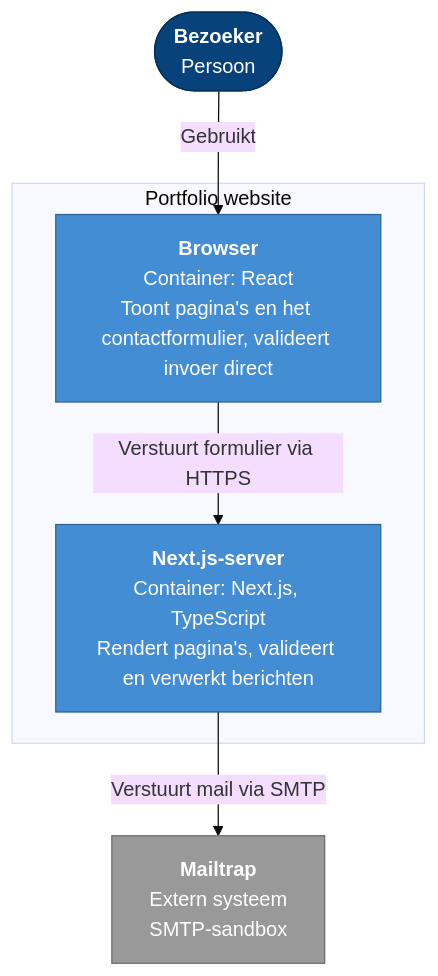
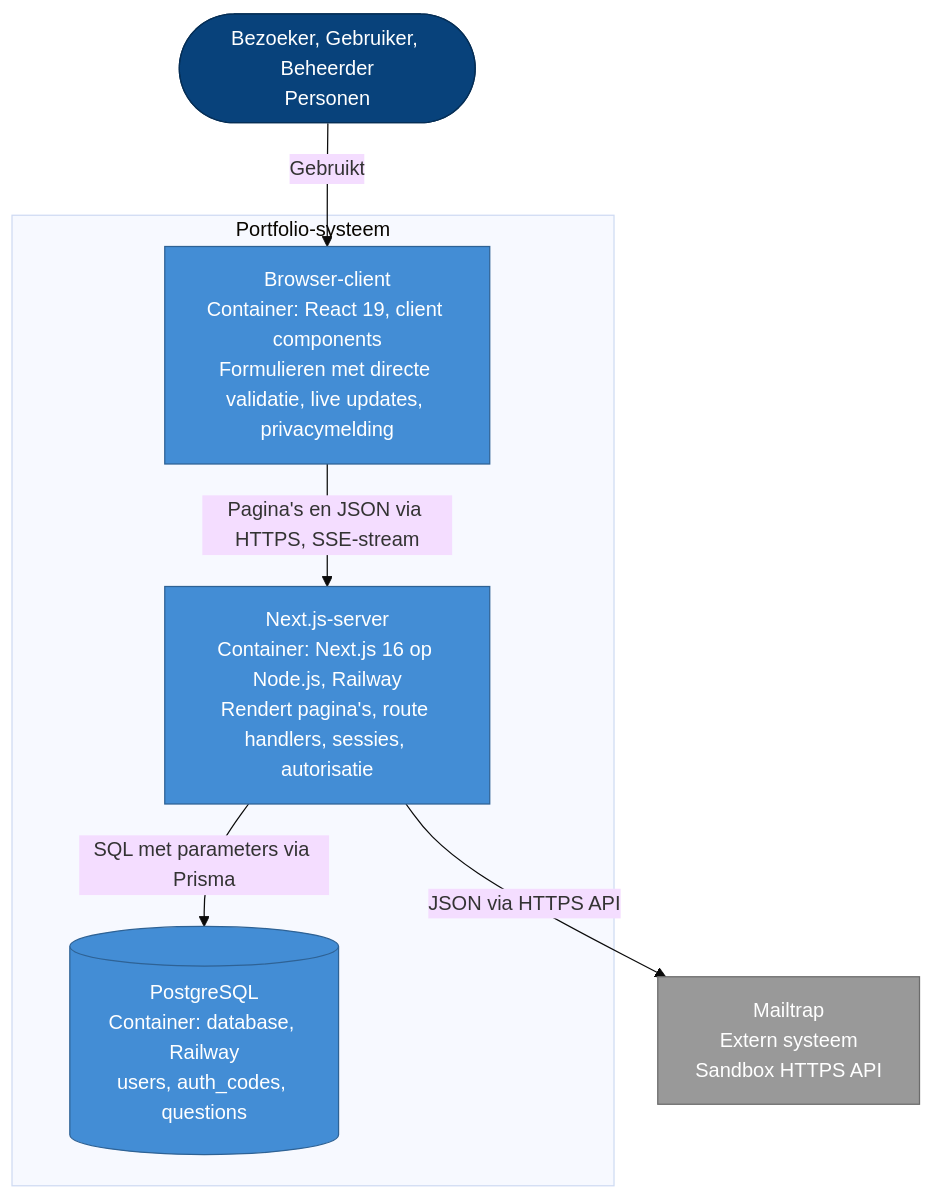
Before and after one commit to sebastiaankolmschateq42/portfolio: the second of 9 diagrams in docs/technisch-ontwerp.md, drawn with Mermaid (base theme). The commit also changed other lines of this file and 2 other files, not shown here.

````diff
--- a/docs/technisch-ontwerp.md
+++ b/docs/technisch-ontwerp.md
@@ -109,18 +154,20 @@
 ```mermaid
 flowchart TB
-    bezoeker(["<b>Bezoeker</b><br/>Persoon"])
-    subgraph website["Portfolio website"]
-        browser["<b>Browser</b><br/>Container: React<br/>Toont pagina's en het contactformulier, valideert invoer direct"]
-        server["<b>Next.js-server</b><br/>Container: Next.js, TypeScript<br/>Rendert pagina's, valideert en verwerkt berichten"]
+    bezoeker(["Bezoeker, Gebruiker, Beheerder<br/>Personen"])
+    subgraph portfolio["Portfolio-systeem"]
+        browser["Browser-client<br/>Container: React 19, client components<br/>Formulieren met directe validatie, live updates, privacymelding"]
+        server["Next.js-server<br/>Container: Next.js 16 op Node.js, Railway<br/>Rendert pagina's, route handlers, sessies, autorisatie"]
+        db[("PostgreSQL<br/>Container: database, Railway<br/>users, auth_codes, questions")]
     end
-    mailtrap["<b>Mailtrap</b><br/>Extern systeem<br/>SMTP-sandbox"]
+    mailtrap["Mailtrap<br/>Extern systeem<br/>Sandbox HTTPS API"]
     bezoeker -- "Gebruikt" --> browser
-    browser -- "Verstuurt formulier via HTTPS" --> server
-    server -- "Verstuurt mail via SMTP" --> mailtrap
+    browser -- "Pagina's en JSON via HTTPS, SSE-stream" --> server
+    server -- "SQL met parameters via Prisma" --> db
+    server -- "JSON via HTTPS API" --> mailtrap
     classDef person fill:#08427b,stroke:#052e56,color:#fff
     classDef container fill:#438dd5,stroke:#2e6295,color:#fff
     classDef external fill:#999999,stroke:#6b6b6b,color:#fff
     class bezoeker person
-    class browser,server container
+    class browser,server,db container
     class mailtrap external
 ```
````
